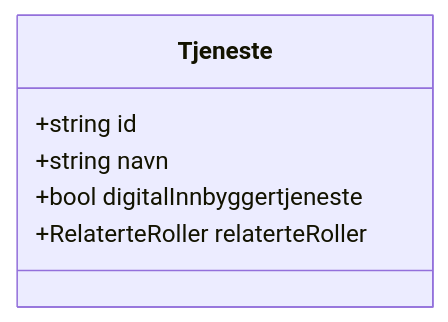
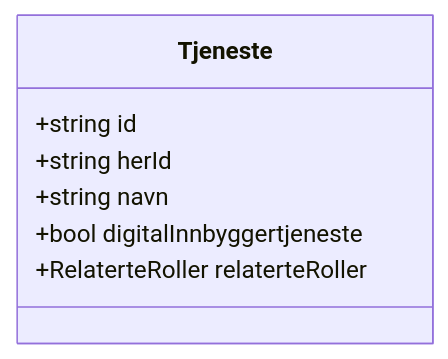
Before and after one commit to RichardMax-Visma/DigiHealth_Documentation: the fifth of 7 diagrams in APIs/Helsekontakt/AMQP Tjenesteoversikt/README.md, drawn with Mermaid. The commit also changed other lines of this file and 4 other files, not shown here.

````diff
--- a/APIs/Helsekontakt/AMQP Tjenesteoversikt/README.md
+++ b/APIs/Helsekontakt/AMQP Tjenesteoversikt/README.md
@@ -121,11 +128,12 @@
 ```mermaid
 %% keep in sync with Classes/Tjeneste.mmd
 classDiagram
 	class Tjeneste {
 		+string id
+		+string herId
 		+string navn
 		+bool digitalInnbyggertjeneste
 		+RelaterteRoller relaterteRoller
 	}
 
 ```
````
